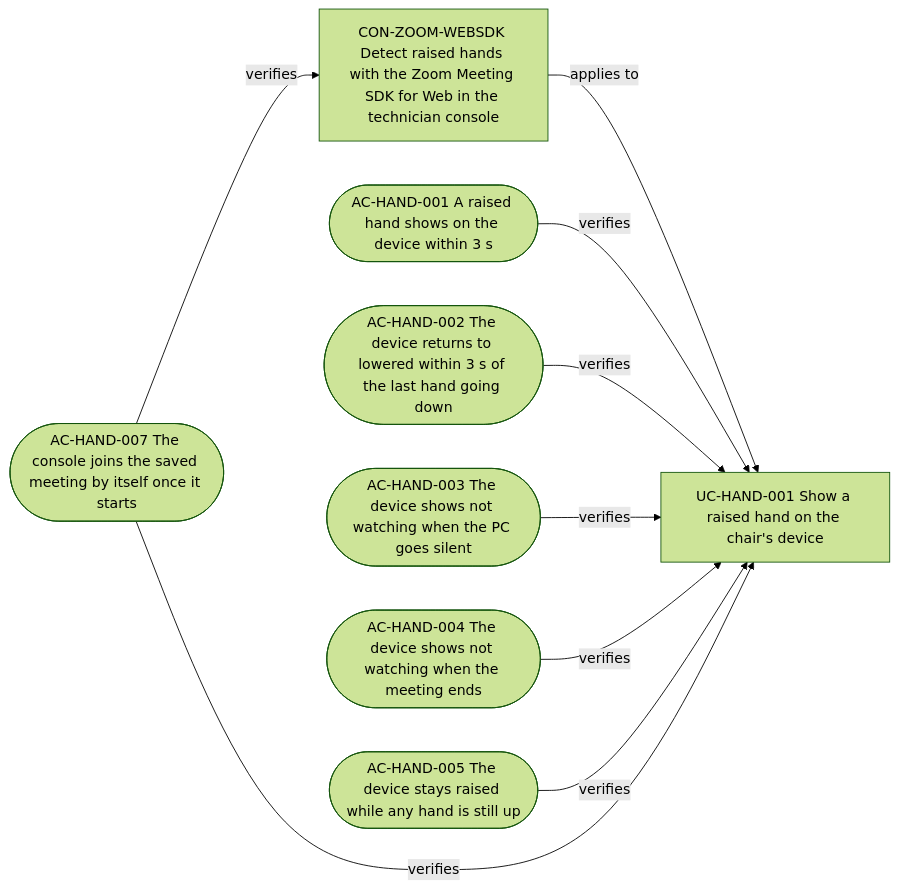
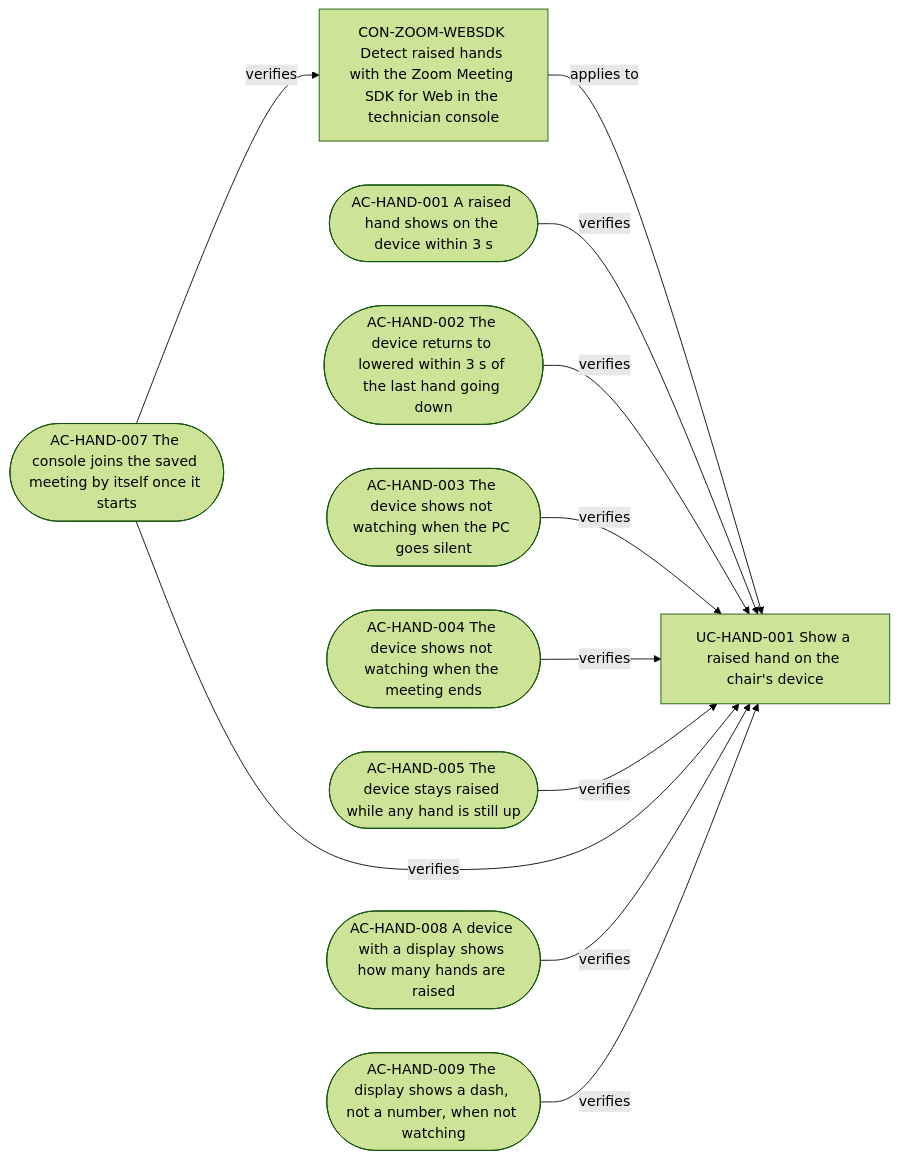
Before and after one commit to artosalminen/esp32-zoom-hand-raised: the diagram in docs/specification/pages/hand-signal.md, drawn with Mermaid (forest theme). The commit also changed other lines of this file and 7 other files, not shown here.

First line of the commit message:
Spec: show the number of raised hands on a device display

````diff
--- a/docs/specification/pages/hand-signal.md
+++ b/docs/specification/pages/hand-signal.md
@@ -102,19 +103,23 @@
 ```mermaid
 flowchart LR
   n_UC_HAND_001["UC-HAND-001 Show a raised hand on the chair's device"]
   n_CON_ZOOM_WEBSDK["CON-ZOOM-WEBSDK Detect raised hands with the Zoom Meeting SDK for Web in the technician console"]
   n_CON_ZOOM_WEBSDK -->|applies to| n_UC_HAND_001
   n_AC_HAND_001(["AC-HAND-001 A raised hand shows on the device within 3 s"])
   n_AC_HAND_002(["AC-HAND-002 The device returns to lowered within 3 s of the last hand going down"])
   n_AC_HAND_003(["AC-HAND-003 The device shows not watching when the PC goes silent"])
   n_AC_HAND_004(["AC-HAND-004 The device shows not watching when the meeting ends"])
   n_AC_HAND_005(["AC-HAND-005 The device stays raised while any hand is still up"])
   n_AC_HAND_007(["AC-HAND-007 The console joins the saved meeting by itself once it starts"])
+  n_AC_HAND_008(["AC-HAND-008 A device with a display shows how many hands are raised"])
+  n_AC_HAND_009(["AC-HAND-009 The display shows a dash, not a number, when not watching"])
   n_AC_HAND_001 -->|verifies| n_UC_HAND_001
   n_AC_HAND_002 -->|verifies| n_UC_HAND_001
   n_AC_HAND_003 -->|verifies| n_UC_HAND_001
   n_AC_HAND_004 -->|verifies| n_UC_HAND_001
   n_AC_HAND_005 -->|verifies| n_UC_HAND_001
   n_AC_HAND_007 -->|verifies| n_UC_HAND_001
+  n_AC_HAND_008 -->|verifies| n_UC_HAND_001
+  n_AC_HAND_009 -->|verifies| n_UC_HAND_001
   n_AC_HAND_007 -->|verifies| n_CON_ZOOM_WEBSDK
 ```
````
